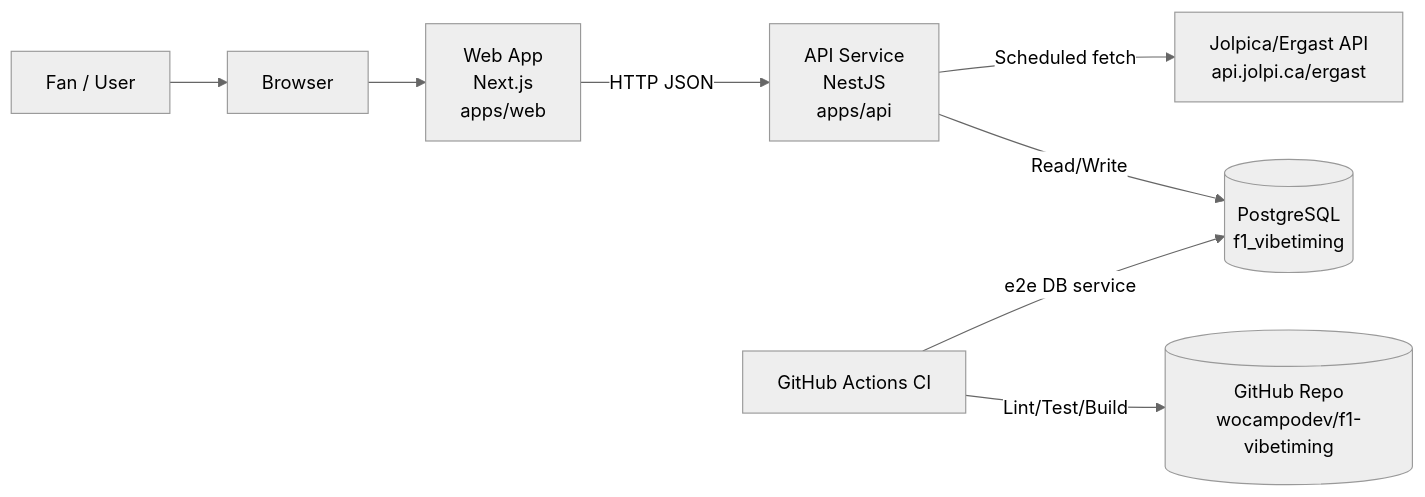
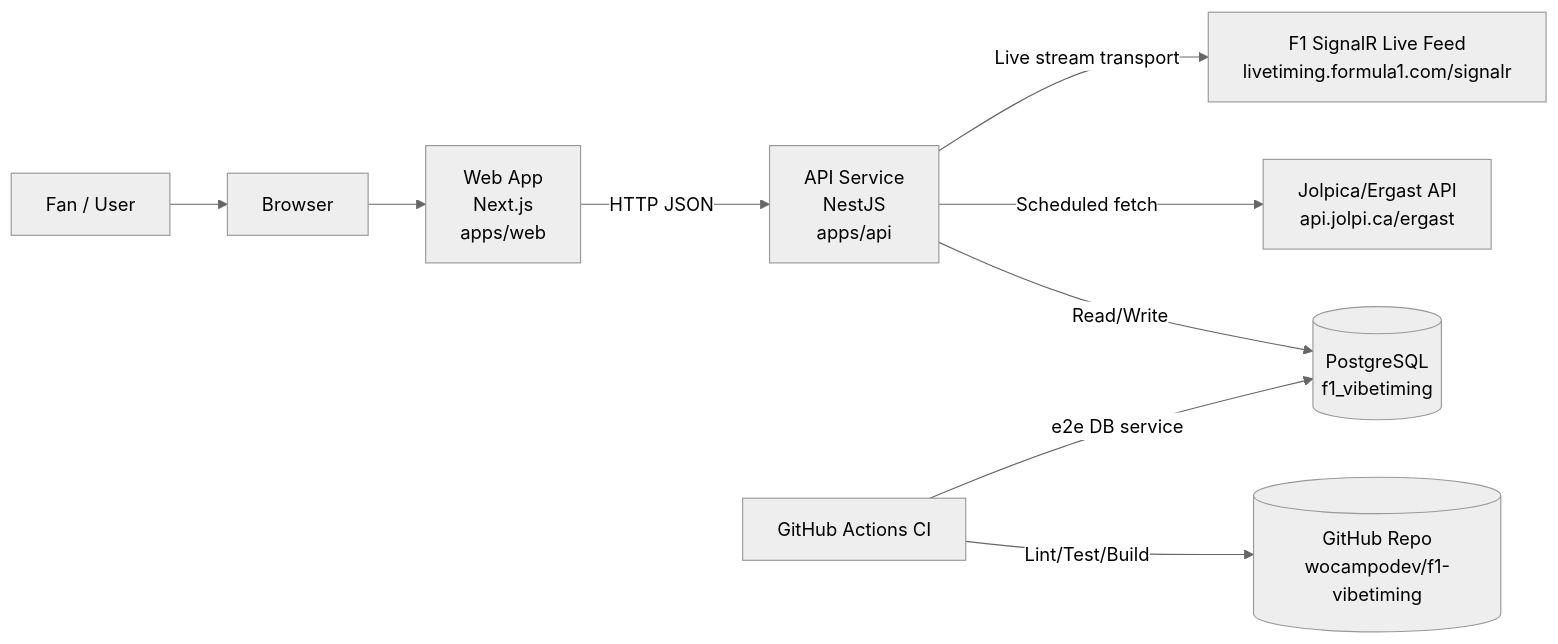
One commit to wocampodev/f1-vibetiming changed the diagram in docs/architecture/01-system-context.md. Above: the diagram before and after it, drawn with Mermaid (neutral theme). The commit also changed other lines of this file and 32 other files, not shown here.

Commit message:
feat(live): switch to provider-first SignalR runtime

````diff
--- a/docs/architecture/01-system-context.md
+++ b/docs/architecture/01-system-context.md
@@ -5,18 +5,20 @@
 ```mermaid
 flowchart LR
   user[Fan / User]
   browser[Browser]
   web["Web App<br/>Next.js<br/>apps/web"]
   api["API Service<br/>NestJS<br/>apps/api"]
-  provider["Jolpica/Ergast API<br/>api.jolpi.ca/ergast"]
+  standingsProvider["Jolpica/Ergast API<br/>api.jolpi.ca/ergast"]
+  liveProvider["F1 SignalR Live Feed<br/>livetiming.formula1.com/signalr"]
   db[("PostgreSQL<br/>f1_vibetiming")]
   gha[GitHub Actions CI]
   repo[("GitHub Repo<br/>wocampodev/f1-vibetiming")]
 
   user --> browser --> web
   web -->|HTTP JSON| api
   api -->|Read/Write| db
-  api -->|Scheduled fetch| provider
+  api -->|Scheduled fetch| standingsProvider
+  api -->|Live stream transport| liveProvider
   gha -->|Lint/Test/Build| repo
   gha -->|e2e DB service| db
 ```
````
